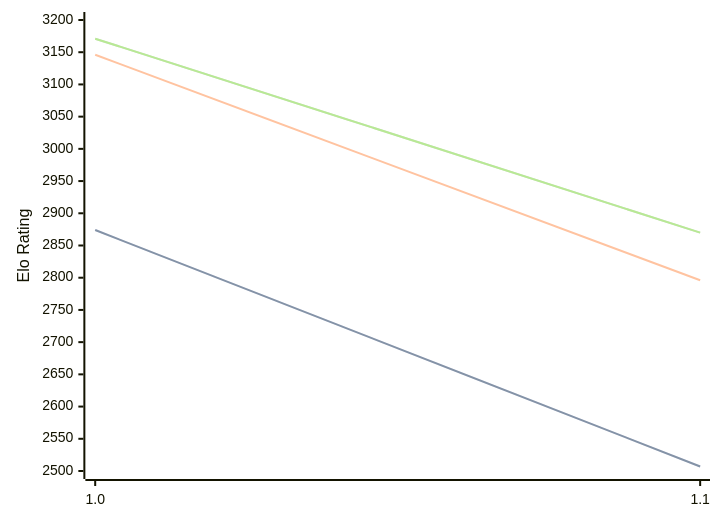
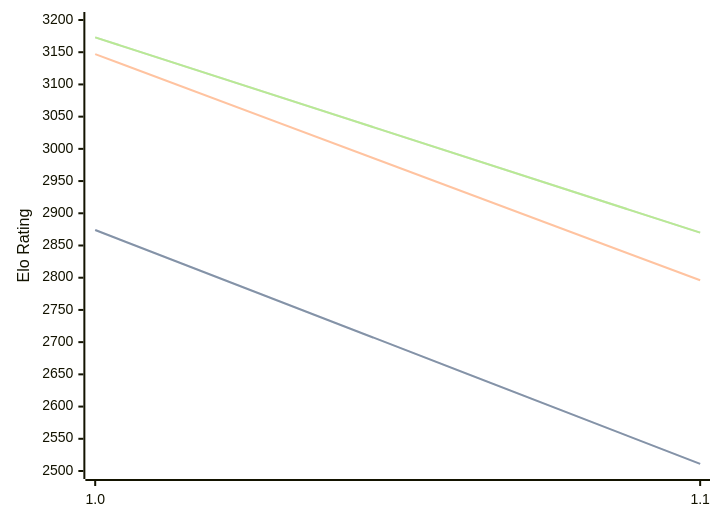
Before and after one commit to computer-chess-index/cci: the diagram in engines/Publius.md, drawn with Mermaid. The commit also changed other lines of this file, not shown here.

Commit message:
Update CCI Ratings (ELO VLTC) - 2026-04-25

````diff
--- a/engines/Publius.md
+++ b/engines/Publius.md
@@ -32,11 +32,11 @@
 ```mermaid
 %%{init: {"theme":"base","themeVariables":{"seriesColors:['#a3a3a3','#222221','#faa371']}}}%%
 xychart-beta
   x-axis ["1.0", "1.1"]
   y-axis "Elo Rating" 2500 --> 3200
-  line "STC (8.0+0.08s)" [2874, 2507]
-  line "STC (8.0+0.08s)" [2874, 2507]
-  line "LTC (60.0+0.60s)" [3146, 2796]
-  line "VLTC (2m24s+1.12s)" [3171, 2870]
-  line "VLTC (2m24s+1.12s)" [3171, 2870]
+  line "STC (8.0+0.08s)" [2874, 2511]
+  line "STC (8.0+0.08s)" [2874, 2511]
+  line "LTC (60.0+0.60s)" [3147, 2796]
+  line "VLTC (2m24s+1.12s)" [3173, 2870]
+  line "VLTC (2m24s+1.12s)" [3173, 2870]
 ```
````
